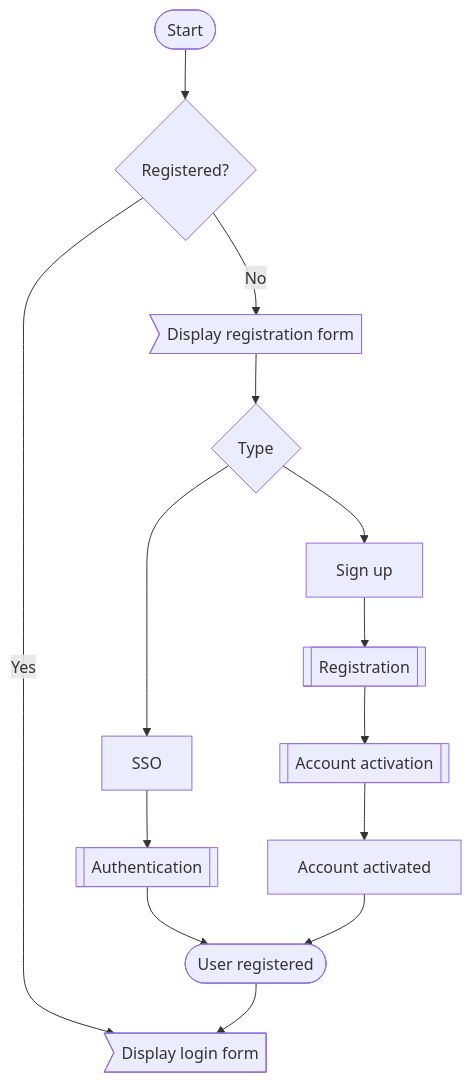
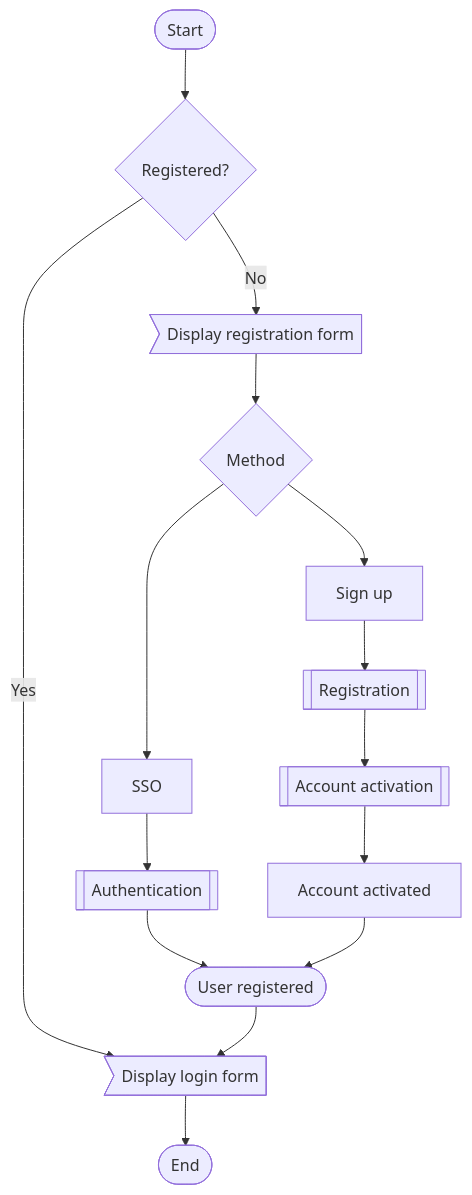
The diagram in apps/api/docs/auth/README.md (stasgm/menu-mono), drawn with Mermaid before and after one commit.

Commit message:
Update flow

````diff
--- a/apps/api/docs/auth/README.md
+++ b/apps/api/docs/auth/README.md
@@ -3,13 +3,14 @@
 ```mermaid
 flowchart TD
     A([Start]) --> B{Registered?}
-    B -->|Yes| C1>Display login form]
-    B -->|No| C2>Display registration form]
-    C2 -->D{Type}
-    D -->E[Sign up]--> F1[[Registration]] --> E1
-    D -->F[SSO] --> F2[[Authentication]] --> H
-    E1[[Account activation]] -->G -->H
+    B --> |Yes| C1>Display login form]
+    B --> |No| C2>Display registration form]
+    C2 --> D{Method}
+    D --> E[Sign up]--> F1[[Registration]] --> E1
+    D --> F[SSO] --> F2[[Authentication]] --> H
+    E1[[Account activation]] --> G --> H
     G[Account activated]
-    H([User registered]) -->C1
+    H([User registered]) --> C1
+    C1 --> K([End])
     
 ```
````
